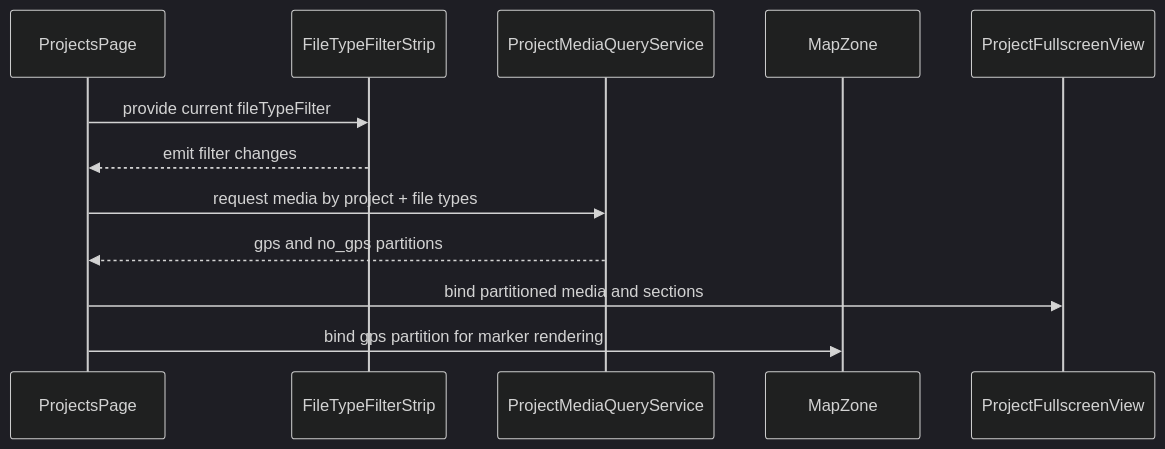
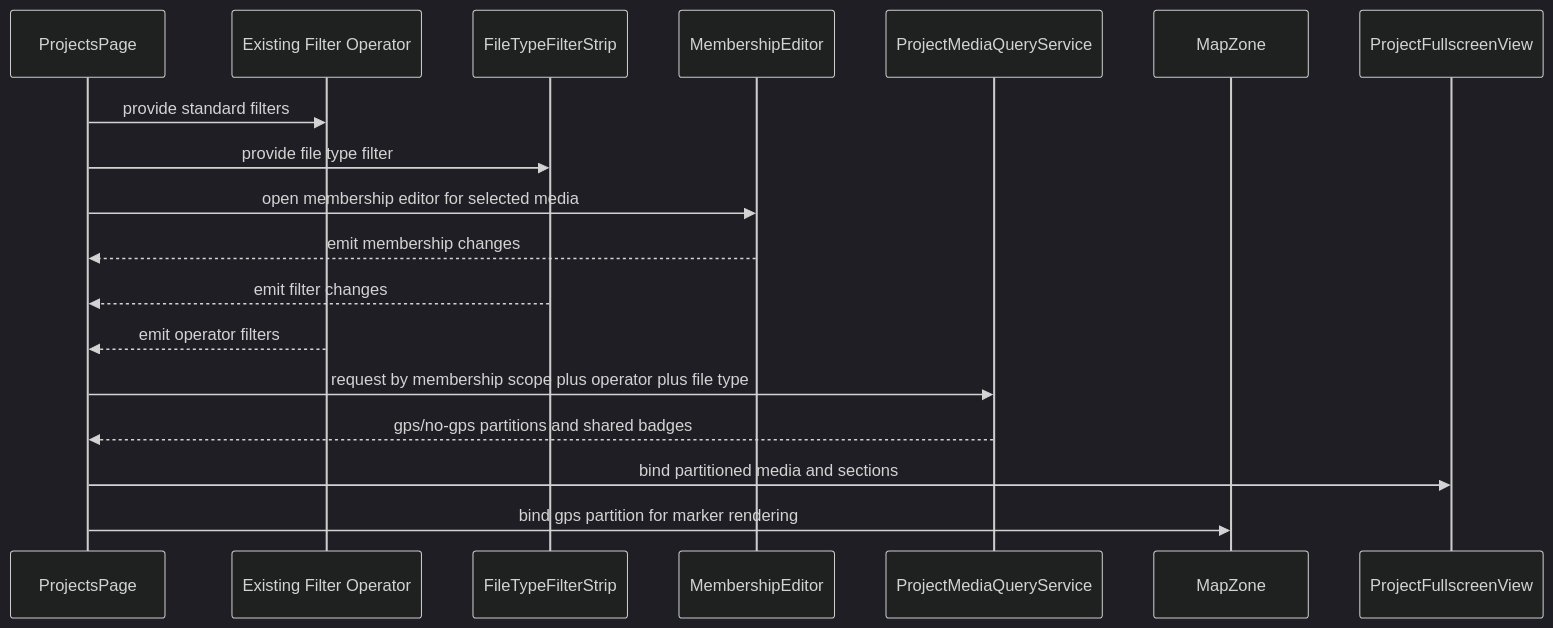
The third of 3 diagrams in docs/element-specs/project-mixed-media-pre-spec.md (matkleve/feldpost), drawn with Mermaid (dark theme) before and after one commit. The commit also changed other lines of this file and 20 other files, not shown here.

````diff
--- a/docs/element-specs/project-mixed-media-pre-spec.md
+++ b/docs/element-specs/project-mixed-media-pre-spec.md
@@ -126,15 +138,21 @@
 ```mermaid
 sequenceDiagram
   participant P as ProjectsPage
+  participant O as Existing Filter Operator
   participant F as FileTypeFilterStrip
+  participant E as MembershipEditor
   participant Q as ProjectMediaQueryService
   participant M as MapZone
   participant V as ProjectFullscreenView
 
-  P->>F: provide current fileTypeFilter
+  P->>O: provide standard filters
+  P->>F: provide file type filter
+  P->>E: open membership editor for selected media
+  E-->>P: emit membership changes
   F-->>P: emit filter changes
-  P->>Q: request media by project + file types
-  Q-->>P: gps and no_gps partitions
+  O-->>P: emit operator filters
+  P->>Q: request by membership scope plus operator plus file type
+  Q-->>P: gps/no-gps partitions and shared badges
   P->>V: bind partitioned media and sections
   P->>M: bind gps partition for marker rendering
 ```
````
